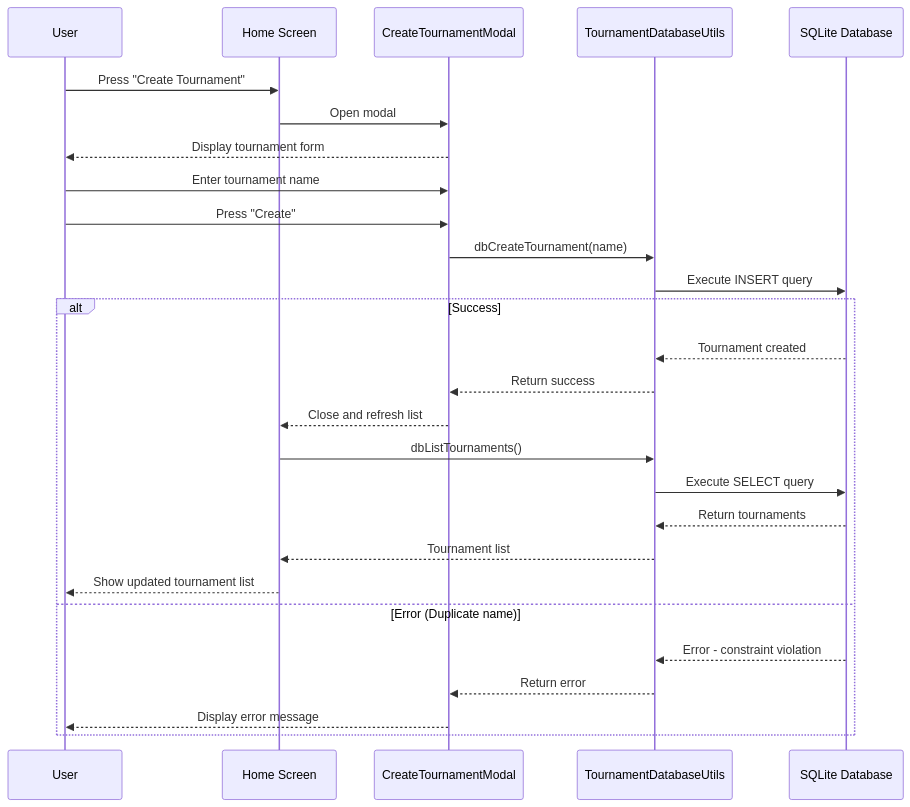
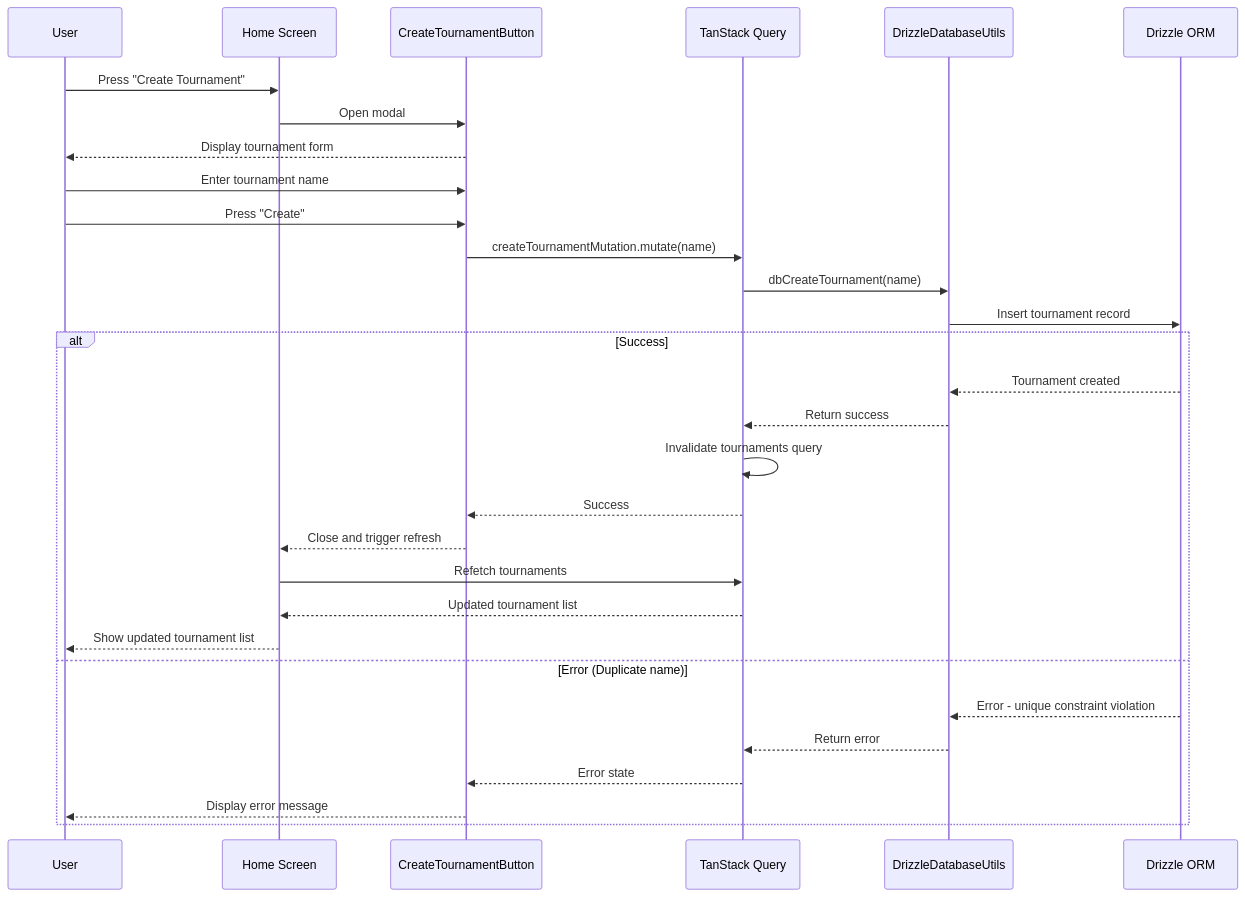
Before and after one commit to FencingSeniorDesign/client: the fifth of 38 diagrams in docs/Spring Quarter Deliverables/SDD.md, drawn with Mermaid. The commit also changed other lines of this file, not shown here.

````diff
--- a/docs/Spring Quarter Deliverables/SDD.md
+++ b/docs/Spring Quarter Deliverables/SDD.md
@@ -232,30 +253,33 @@
 ```mermaid
 sequenceDiagram
     participant User
     participant Home as Home Screen
-    participant Modal as CreateTournamentModal
-    participant DB as TournamentDatabaseUtils
-    participant SQLite as SQLite Database
+    participant Modal as CreateTournamentButton
+    participant Query as TanStack Query
+    participant DB as DrizzleDatabaseUtils
+    participant Drizzle as Drizzle ORM
 
     User->>Home: Press "Create Tournament"
     Home->>Modal: Open modal
     Modal-->>User: Display tournament form
     User->>Modal: Enter tournament name
     User->>Modal: Press "Create"
-    Modal->>DB: dbCreateTournament(name)
-    DB->>SQLite: Execute INSERT query
+    Modal->>Query: createTournamentMutation.mutate(name)
+    Query->>DB: dbCreateTournament(name)
+    DB->>Drizzle: Insert tournament record
     alt Success
-        SQLite-->>DB: Tournament created
-        DB-->>Modal: Return success
-        Modal-->>Home: Close and refresh list
-        Home->>DB: dbListTournaments()
-        DB->>SQLite: Execute SELECT query
-        SQLite-->>DB: Return tournaments
-        DB-->>Home: Tournament list
+        Drizzle-->>DB: Tournament created
+        DB-->>Query: Return success
+        Query->>Query: Invalidate tournaments query
+        Query-->>Modal: Success
+        Modal-->>Home: Close and trigger refresh
+        Home->>Query: Refetch tournaments
+        Query-->>Home: Updated tournament list
         Home-->>User: Show updated tournament list
     else Error (Duplicate name)
-        SQLite-->>DB: Error - constraint violation
-        DB-->>Modal: Return error
+        Drizzle-->>DB: Error - unique constraint violation
+        DB-->>Query: Return error
+        Query-->>Modal: Error state
         Modal-->>User: Display error message
     end
 ```
````
